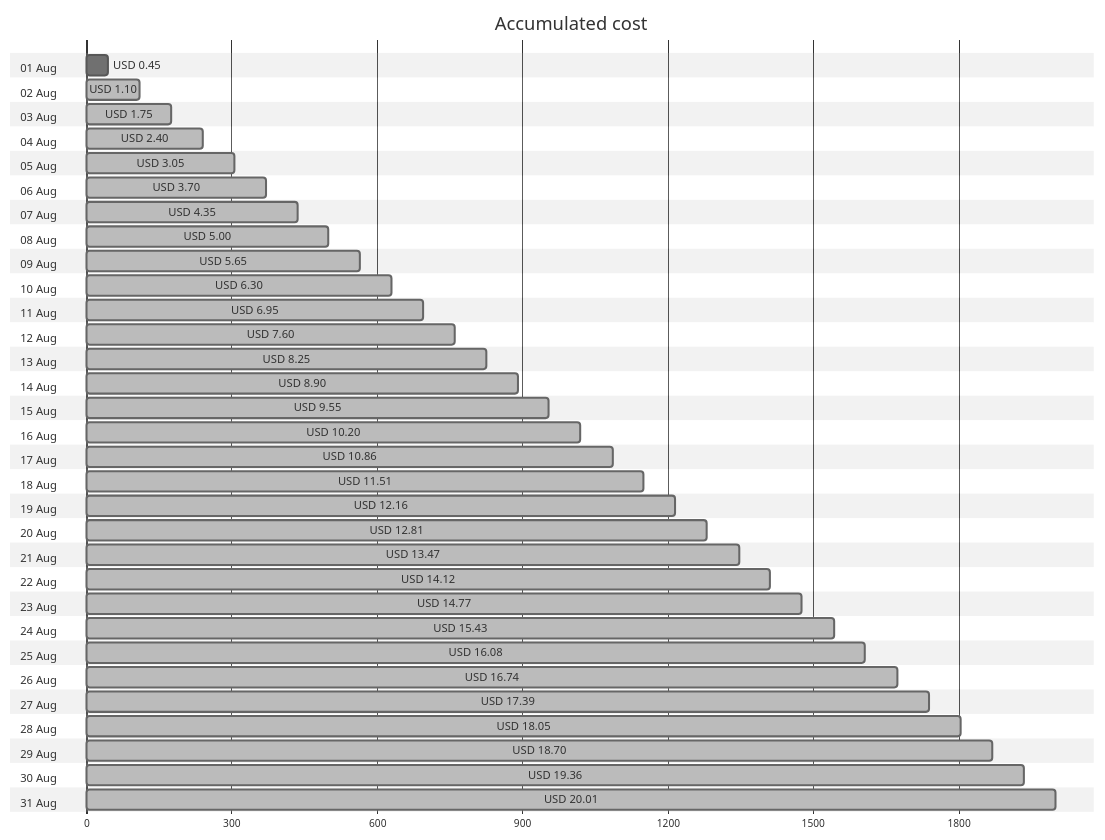
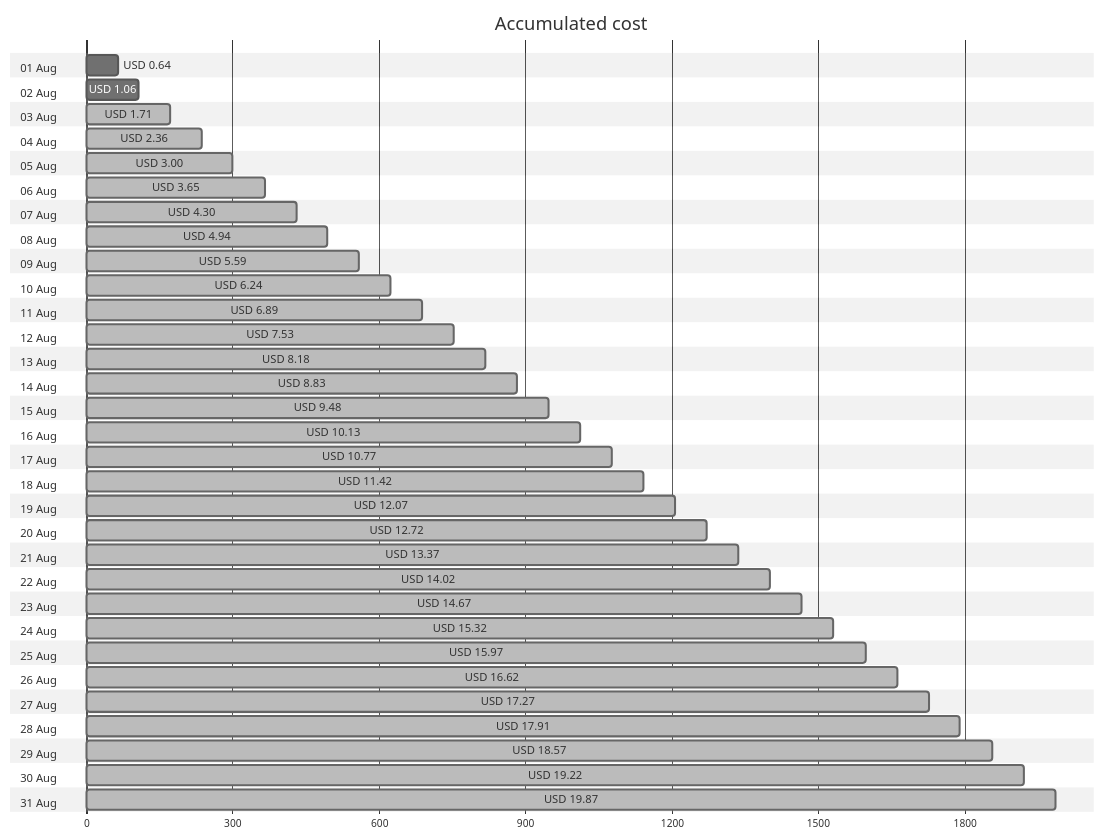
Before and after one commit to jpfulton/azure-personal-reports: the first of 4 diagrams in cost-reports/accumulated-cost.md, drawn with Mermaid (neutral theme). The commit also changed other lines of this file and 4 other files, not shown here.

````diff
--- a/cost-reports/accumulated-cost.md
+++ b/cost-reports/accumulated-cost.md
@@ -20,68 +20,68 @@
 ```mermaid
 gantt
    title Accumulated cost
    dateFormat  X
    axisFormat %s
    section 01 Aug
-   USD 0.45 :0, 45
+   USD 0.64 :0, 64
    section 02 Aug
-   USD 1.10 : done, 0, 110
+   USD 1.06 :0, 106
    section 03 Aug
-   USD 1.75 : done, 0, 175
+   USD 1.71 : done, 0, 171
    section 04 Aug
-   USD 2.40 : done, 0, 240
+   USD 2.36 : done, 0, 236
    section 05 Aug
-   USD 3.05 : done, 0, 305
+   USD 3.00 : done, 0, 300
    section 06 Aug
-   USD 3.70 : done, 0, 370
+   USD 3.65 : done, 0, 365
    section 07 Aug
-   USD 4.35 : done, 0, 435
+   USD 4.30 : done, 0, 430
    section 08 Aug
-   USD 5.00 : done, 0, 500
+   USD 4.94 : done, 0, 494
    section 09 Aug
-   USD 5.65 : done, 0, 565
+   USD 5.59 : done, 0, 559
    section 10 Aug
-   USD 6.30 : done, 0, 630
+   USD 6.24 : done, 0, 624
    section 11 Aug
-   USD 6.95 : done, 0, 695
+   USD 6.89 : done, 0, 689
    section 12 Aug
-   USD 7.60 : done, 0, 760
+   USD 7.53 : done, 0, 753
    section 13 Aug
-   USD 8.25 : done, 0, 825
+   USD 8.18 : done, 0, 818
    section 14 Aug
-   USD 8.90 : done, 0, 890
+   USD 8.83 : done, 0, 883
    section 15 Aug
-   USD 9.55 : done, 0, 955
+   USD 9.48 : done, 0, 948
    section 16 Aug
-   USD 10.20 : done, 0, 1020
+   USD 10.13 : done, 0, 1013
    section 17 Aug
-   USD 10.86 : done, 0, 1086
+   USD 10.77 : done, 0, 1077
    section 18 Aug
-   USD 11.51 : done, 0, 1151
+   USD 11.42 : done, 0, 1142
    section 19 Aug
-   USD 12.16 : done, 0, 1216
+   USD 12.07 : done, 0, 1207
    section 20 Aug
-   USD 12.81 : done, 0, 1281
+   USD 12.72 : done, 0, 1272
    section 21 Aug
-   USD 13.47 : done, 0, 1347
+   USD 13.37 : done, 0, 1337
    section 22 Aug
-   USD 14.12 : done, 0, 1412
+   USD 14.02 : done, 0, 1402
    section 23 Aug
-   USD 14.77 : done, 0, 1477
+   USD 14.67 : done, 0, 1467
    section 24 Aug
-   USD 15.43 : done, 0, 1543
+   USD 15.32 : done, 0, 1532
    section 25 Aug
-   USD 16.08 : done, 0, 1608
+   USD 15.97 : done, 0, 1597
    section 26 Aug
-   USD 16.74 : done, 0, 1674
+   USD 16.62 : done, 0, 1662
    section 27 Aug
-   USD 17.39 : done, 0, 1739
+   USD 17.27 : done, 0, 1727
    section 28 Aug
-   USD 18.05 : done, 0, 1805
+   USD 17.91 : done, 0, 1791
    section 29 Aug
-   USD 18.70 : done, 0, 1870
+   USD 18.57 : done, 0, 1857
    section 30 Aug
-   USD 19.36 : done, 0, 1936
+   USD 19.22 : done, 0, 1922
    section 31 Aug
-   USD 20.01 : done, 0, 2001
+   USD 19.87 : done, 0, 1987
 ```
````
